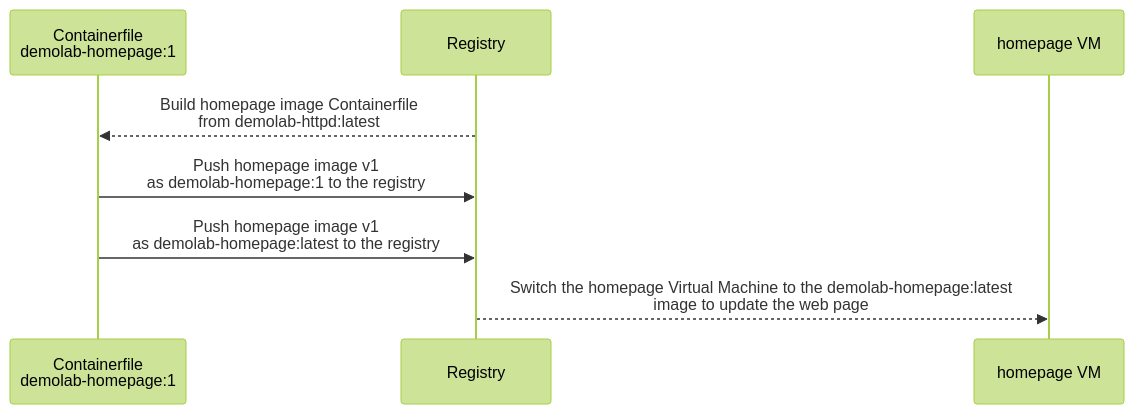
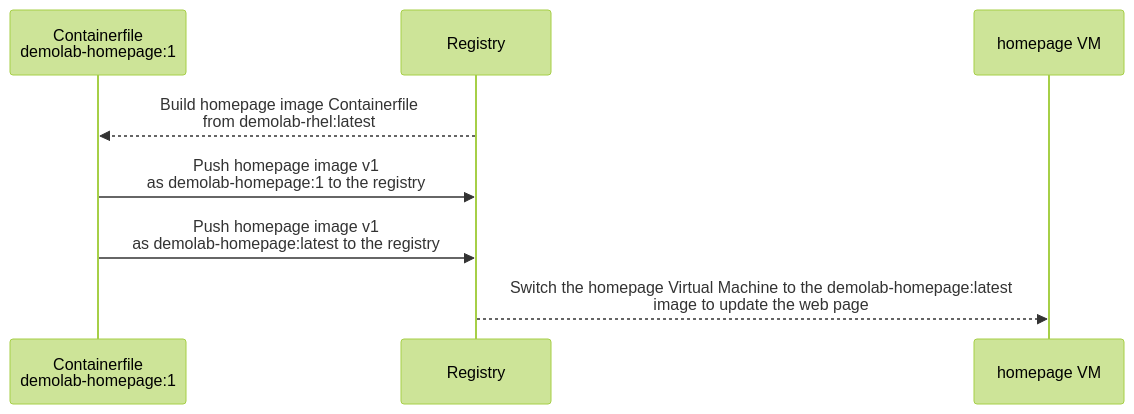
One commit to jvdbreggen/imagemodedemo changed the fourth of 10 diagrams in README.md. Above: the diagram before and after it, drawn with Mermaid (forest theme). The commit also changed other lines of this file, not shown here.

Commit message:
update the rollback and fixing the homepage

````diff
--- a/README.md
+++ b/README.md
@@ -303,13 +303,13 @@
 ```mermaid
 sequenceDiagram
     %% Actors
     participant containerfile_homepage_1 as Containerfile<br/>demolab-homepage:1
     participant registry as Registry
     participant homepage_vm_1 as homepage VM
 
-    %% MainVM Creationsu workflow
-    registry-->>containerfile_homepage_1: Build homepage image Containerfile<br/>from demolab-httpd:latest
+    %% New Homepage workflow
+    registry-->>containerfile_homepage_1: Build homepage image Containerfile<br/>from demolab-rhel:latest
     containerfile_homepage_1->>registry: Push homepage image v1<br/>as demolab-homepage:1 to the registry
     containerfile_homepage_1->>registry: Push homepage image v1<br/>as demolab-homepage:latest to the registry
     registry-->>homepage_vm_1: Switch the homepage Virtual Machine to the demolab-homepage:latest <br/>image to update the web page
 ```
````
